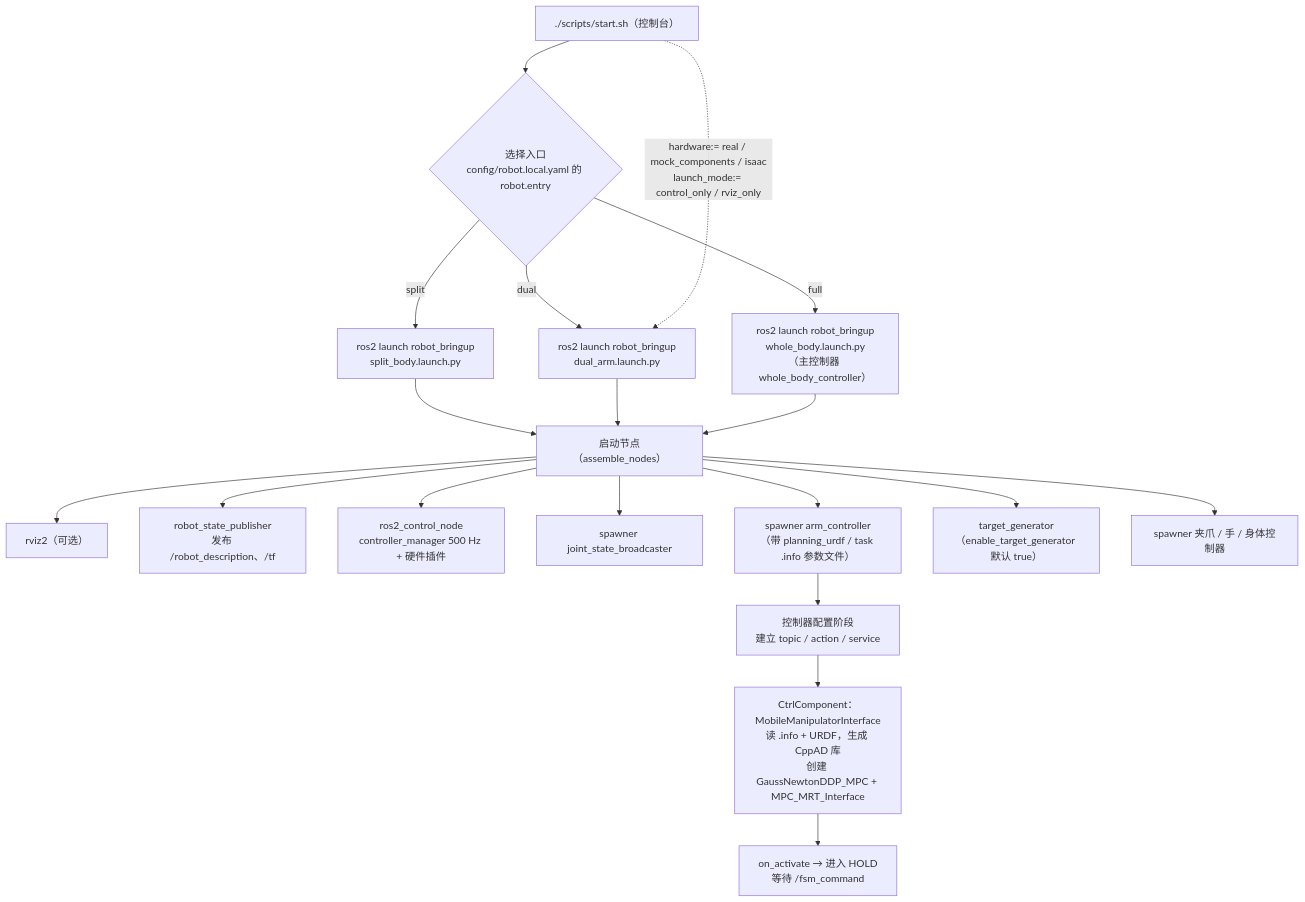
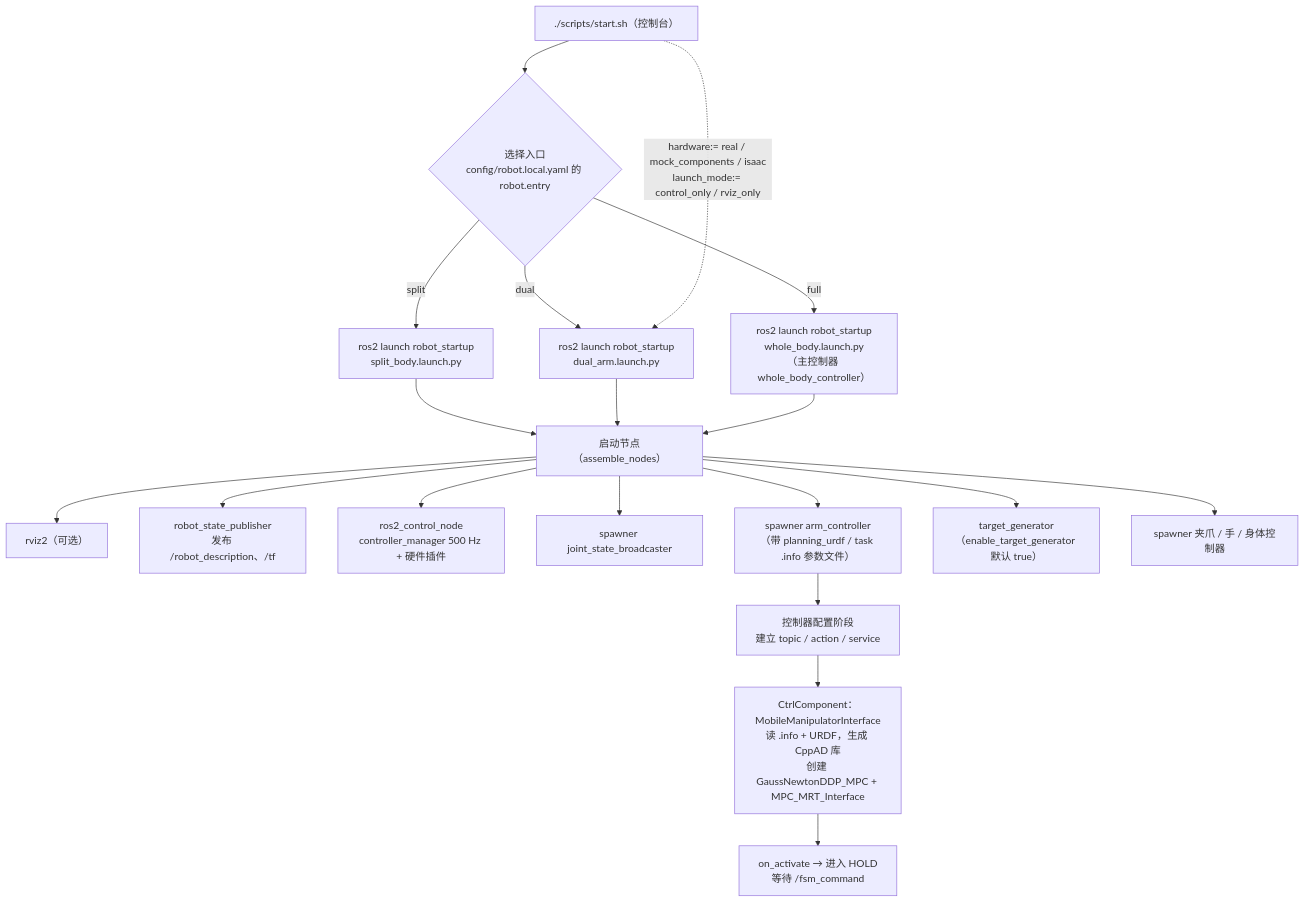
The first of 5 diagrams in docs/robot_control_suite控制原理.md (wqingzex/ocs2_control), drawn with Mermaid before and after one commit. The commit also changed 48 other files, not shown here.

First line of the commit message:
refactor(launch): robot_bringup is now robot_startup

````diff
--- a/docs/robot_control_suite控制原理.md
+++ b/docs/robot_control_suite控制原理.md
@@ -28,21 +28,21 @@
 ```mermaid
 flowchart TD
     A["./scripts/start.sh（控制台）"] --> B{"选择入口<br/>config/robot.local.yaml 的 robot.entry"}
-    B -->|split| L1["ros2 launch robot_bringup<br/>split_body.launch.py"]
-    B -->|dual| L2["ros2 launch robot_bringup<br/>dual_arm.launch.py"]
-    B -->|full| L3["ros2 launch robot_bringup<br/>whole_body.launch.py<br/>（主控制器 whole_body_controller）"]
+    B -->|split| L1["ros2 launch robot_startup<br/>split_body.launch.py"]
+    B -->|dual| L2["ros2 launch robot_startup<br/>dual_arm.launch.py"]
+    B -->|full| L3["ros2 launch robot_startup<br/>whole_body.launch.py<br/>（主控制器 whole_body_controller）"]
     A -.->|"hardware:= real / mock_components / isaac<br/>launch_mode:= control_only / rviz_only"| L2
 
     L1 & L2 & L3 --> N["启动节点（assemble_nodes）"]
     N --> N1["rviz2（可选）"]
     N --> N2["robot_state_publisher<br/>发布 /robot_description、/tf"]
     N --> N3["ros2_control_node<br/>controller_manager 500 Hz + 硬件插件"]
     N --> N4["spawner joint_state_broadcaster"]
     N --> N5["spawner arm_controller<br/>（带 planning_urdf / task .info 参数文件）"]
     N --> N6["target_generator<br/>（enable_target_generator 默认 true）"]
     N --> N7["spawner 夹爪 / 手 / 身体控制器"]
 
     N5 --> C1["控制器配置阶段<br/>建立 topic / action / service"]
     C1 --> C2["CtrlComponent：MobileManipulatorInterface<br/>读 .info + URDF，生成 CppAD 库<br/>创建 GaussNewtonDDP_MPC + MPC_MRT_Interface"]
     C2 --> C3["on_activate → 进入 HOLD<br/>等待 /fsm_command"]
 ```
````
